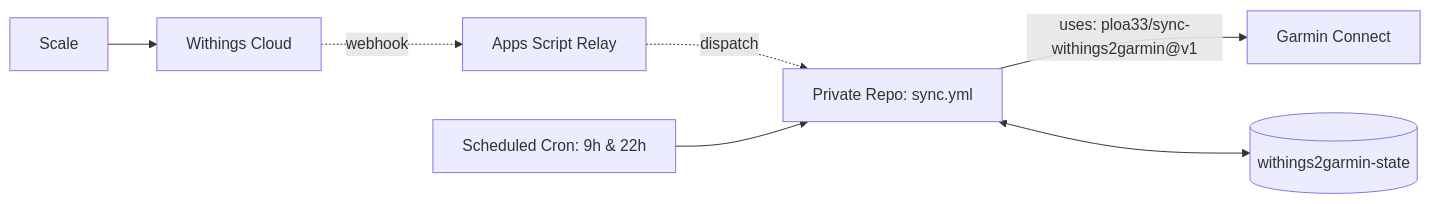
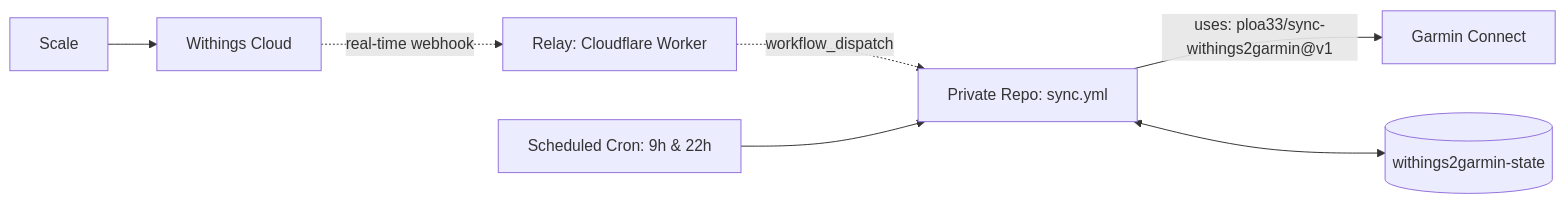
One commit to actions-marketplace-validations/ploa33_sync-withings2garmin changed the diagram in README.md. Above: the diagram before and after it, drawn with Mermaid. The commit also changed other lines of this file and 12 other files, not shown here.

Commit message:
feat: universal Cloudflare Worker relay, GitHub App OIDC, early Garmin check and health metrics masking

````diff
--- a/README.md
+++ b/README.md
@@ -113,8 +121,9 @@
 ```mermaid
 flowchart LR
   S[Scale] --> W[Withings Cloud]
-  W -. webhook .-> G[Apps Script Relay] -. dispatch .-> A[Private Repo: sync.yml]
+  W -. real-time webhook .-> R[Relay: Cloudflare Worker]
+  R -. workflow_dispatch .-> A[Private Repo: sync.yml]
   C[Scheduled Cron: 9h & 22h] --> A
   A -- uses: ploa33/sync-withings2garmin@v1 --> M[Garmin Connect]
   A <--> B[(withings2garmin-state)]
 ```
````
